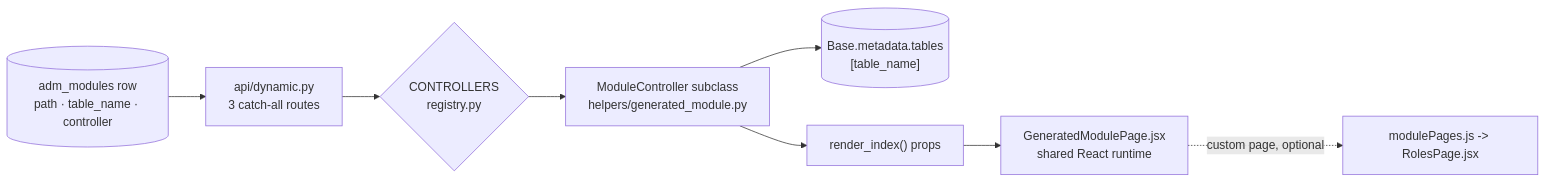
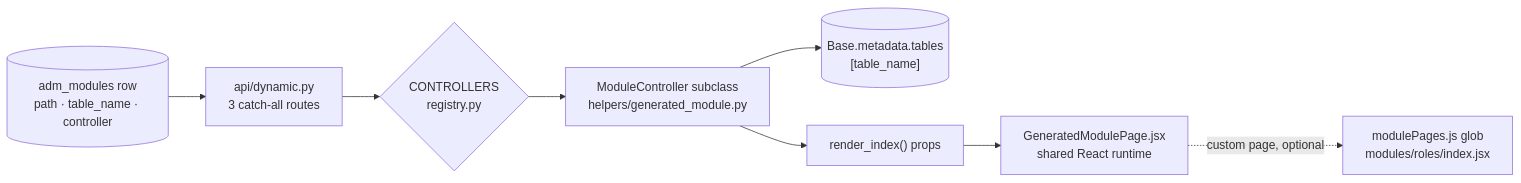
One commit to MarvinMosiCoder/vram-py changed the fourth of 5 diagrams in docs/ARCHITECTURE.md. Above: the diagram before and after it, drawn with Mermaid. The commit also changed other lines of this file and 13 other files, not shown here.

````diff
--- a/docs/ARCHITECTURE.md
+++ b/docs/ARCHITECTURE.md
@@ -403,10 +407,10 @@
 ```mermaid
 flowchart LR
     R[("adm_modules row<br/>path · table_name · controller")] --> D["api/dynamic.py<br/>3 catch-all routes"]
     D --> C{"CONTROLLERS<br/>registry.py"}
     C --> M["ModuleController subclass<br/>helpers/generated_module.py"]
     M --> T[("Base.metadata.tables<br/>[table_name]")]
     M --> P["render_index() props"]
     P --> G["GeneratedModulePage.jsx<br/>shared React runtime"]
-    G -.->|"custom page, optional"| W["modulePages.js -> RolesPage.jsx"]
+    G -.->|"custom page, optional"| W["modulePages.js glob<br/>modules/roles/index.jsx"]
 ```
````
